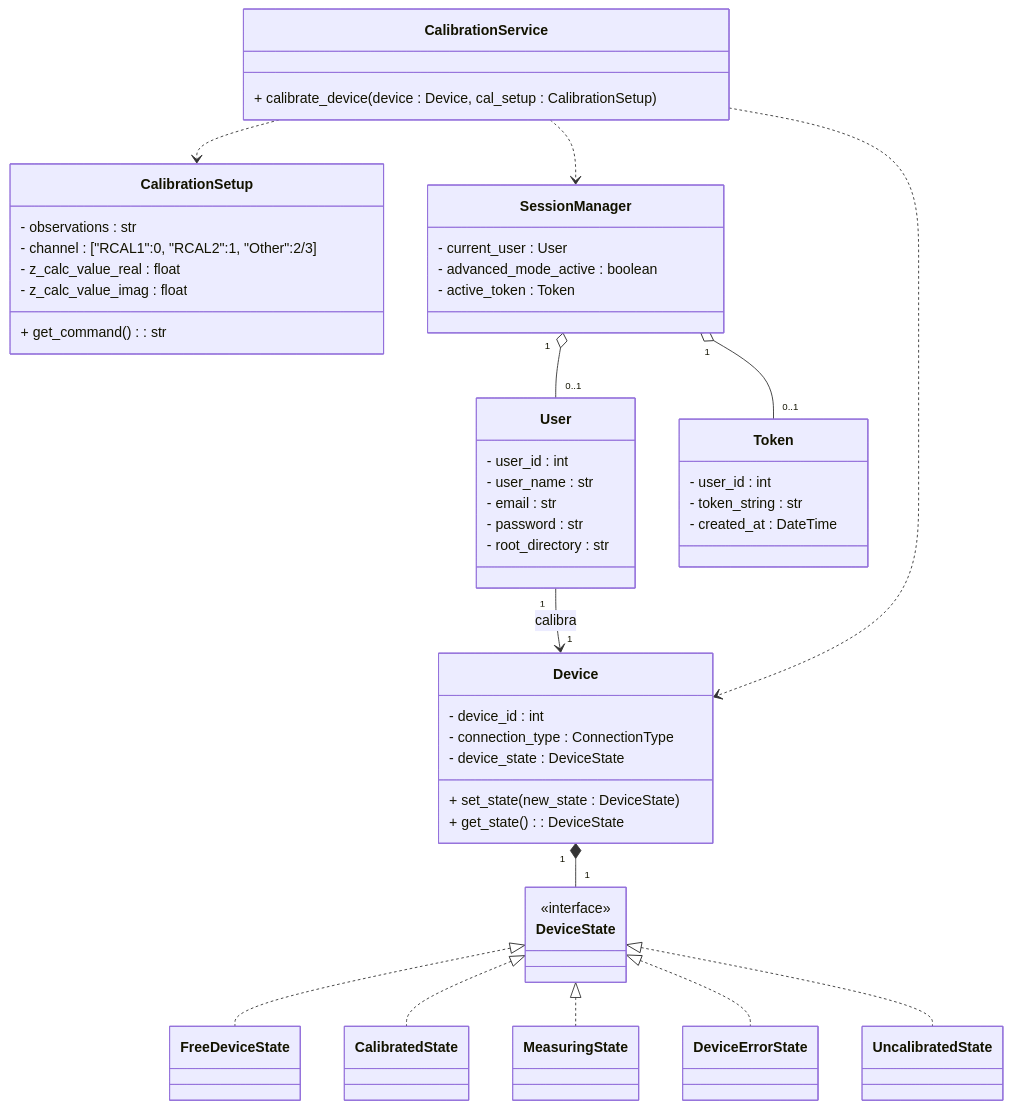
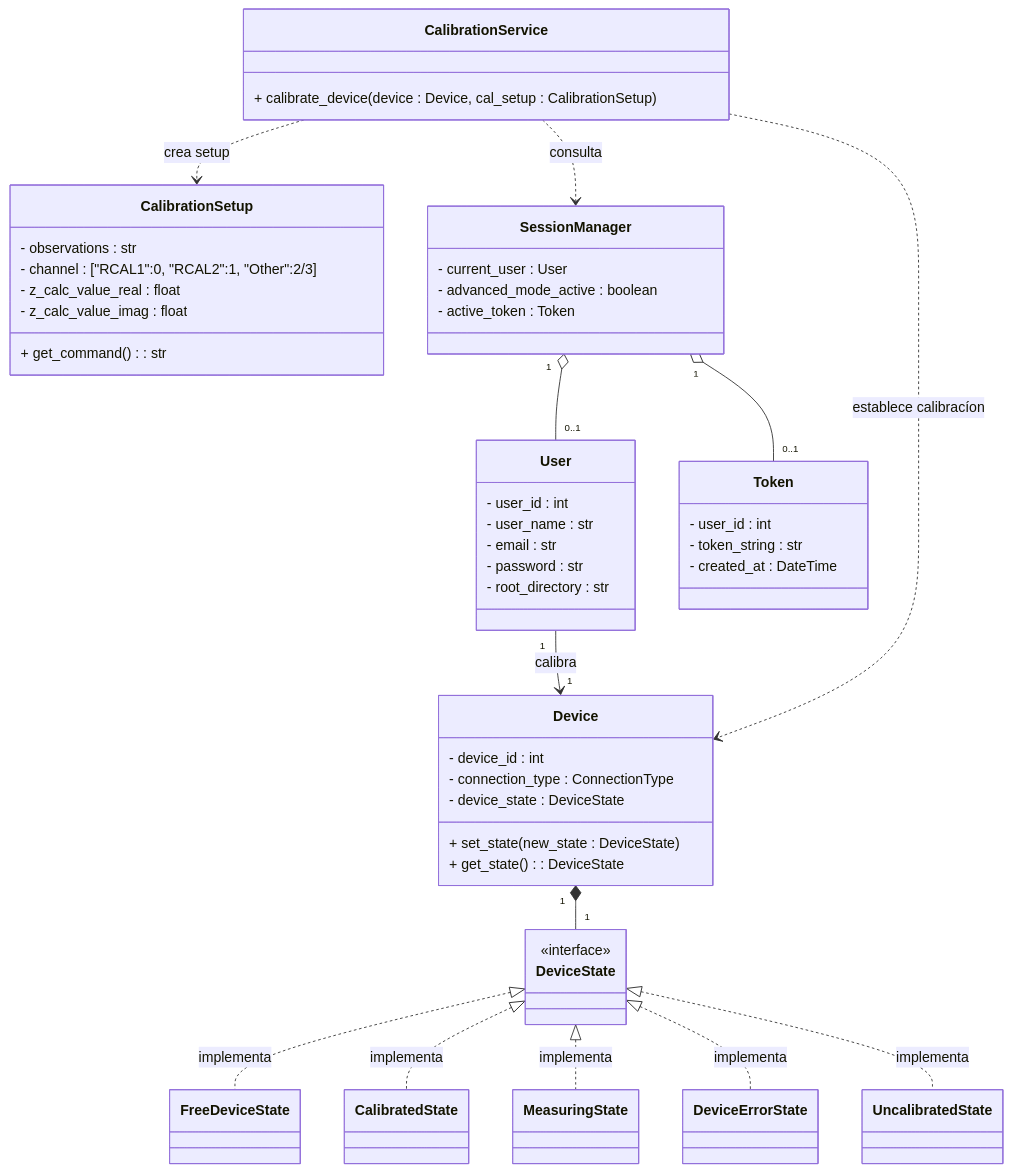
Before and after one commit to alegrelias/Repo-GMini: the third of 6 diagrams in Gmini-MarkDown/Diagramas/Clases Conceptuales.md, drawn with Mermaid.

Commit message:
Se modifica diagrama de clases

````diff
--- a/Gmini-MarkDown/Diagramas/Clases Conceptuales.md
+++ b/Gmini-MarkDown/Diagramas/Clases Conceptuales.md
@@ -420,70 +420,70 @@
 ```mermaid
 classDiagram
-DeviceState <|.. FreeDeviceState
-DeviceState <|.. CalibratedState
-DeviceState <|.. MeasuringState
-DeviceState <|.. DeviceErrorState
-DeviceState <|.. UncalibratedState
+DeviceState <|.. FreeDeviceState : implementa
+DeviceState <|.. CalibratedState : implementa
+DeviceState <|.. MeasuringState : implementa
+DeviceState <|.. DeviceErrorState : implementa
+DeviceState <|.. UncalibratedState : implementa
 
 %% clases
 class User {
 	- user_id : int
 	- user_name : str
 	- email : str
 	- password : str
 	- root_directory : str
 	
 }
 
 class CalibrationSetup{
 	- observations : str
 	- channel : ["RCAL1":0, "RCAL2":1, "Other":2/3]
 	- z_calc_value_real : float
 	- z_calc_value_imag : float
 	+ get_command() : str
 }
 
 class Device{
 	- device_id : int
 	- connection_type : ConnectionType
 	- device_state : DeviceState
 	+ set_state(new_state : DeviceState)
 	+ get_state() : DeviceState
 }
 
 class DeviceState{
 		<<interface>>
 	}
 	class FreeDeviceState
 	class CalibratedState
 	class MeasuringState
 	class DeviceErrorState
 
 class CalibrationService{
 	+ calibrate_device(device : Device, cal_setup : CalibrationSetup)
 }
 
 class SessionManager{
 	- current_user : User
 	- advanced_mode_active : boolean
 	- active_token : Token
 }
 
 class Token {
 	- user_id : int
 	- token_string : str
 	- created_at : DateTime
 }
 
 %% relaciones
 User "1"-->"1" Device : calibra
 
 Device "1"*--"1" DeviceState
 
 SessionManager "1"o--"0..1" Token
 SessionManager "1"o--"0..1" User
 
-CalibrationService ..> Device
-CalibrationService ..> CalibrationSetup
-CalibrationService ..> SessionManager
+CalibrationService ..> Device : establece calibracíon
+CalibrationService ..> CalibrationSetup : crea setup
+CalibrationService ..> SessionManager : consulta
 ```
````
